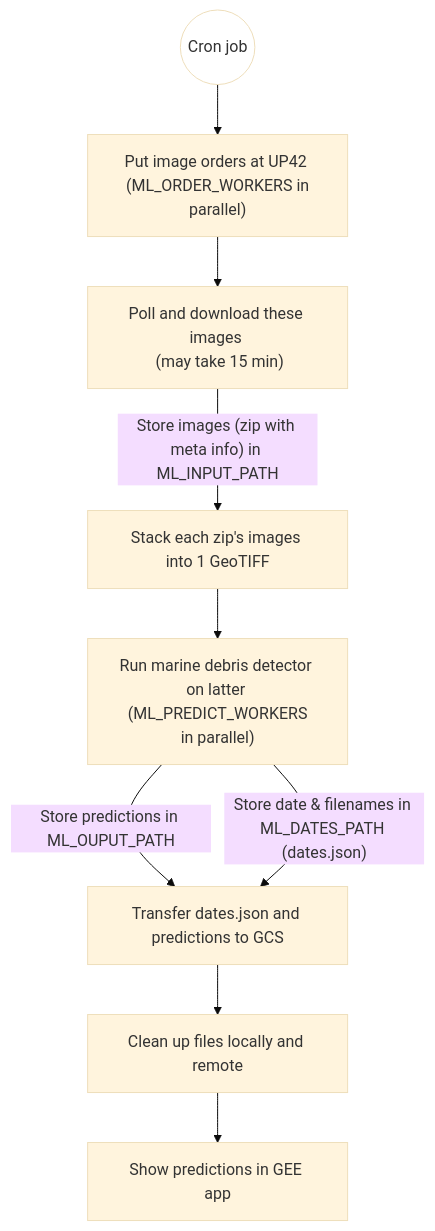
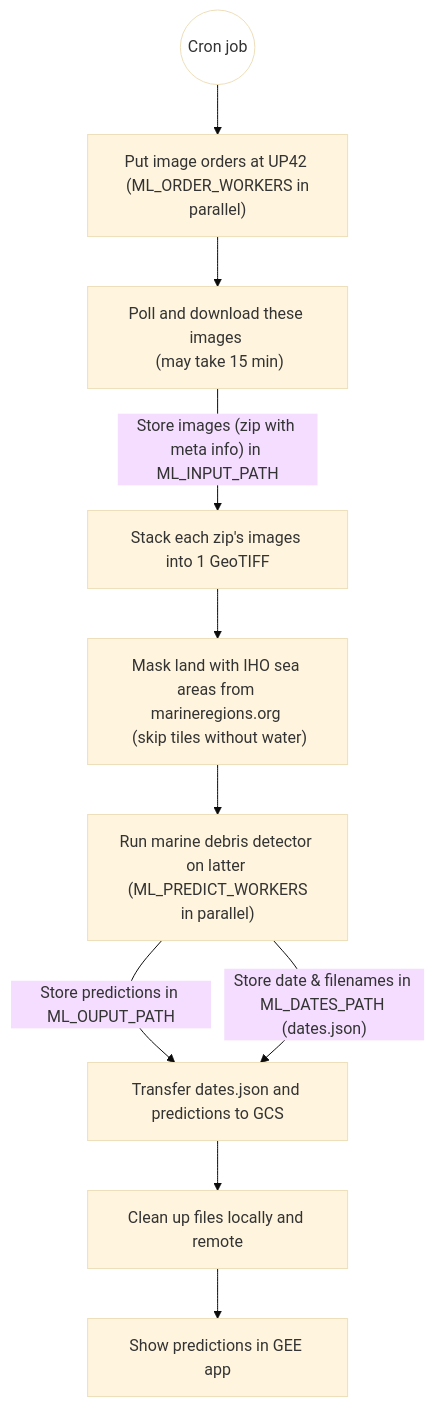
The diagram in docs/index.md (MI4People/Marine_Litter), drawn with Mermaid (base theme) before and after one commit. The commit also changed other lines of this file and 22 other files, not shown here.

````diff
--- a/docs/index.md
+++ b/docs/index.md
@@ -53,13 +54,14 @@
 ```mermaid
 flowchart TD
     n1(("Cron job")):::trigger --> n2
     n2["Put image orders at UP42 <br/> (ML_ORDER_WORKERS in parallel)"] --> n3
     n3["Poll and download these images <br/> (may take 15 min)"] -- Store images (zip with meta info) in ML_INPUT_PATH --> n4
-    n4["Stack each zip's images into 1 GeoTIFF"] --> n5
+    n4["Stack each zip's images into 1 GeoTIFF"] --> n4a
+    n4a["Mask land with IHO sea areas from marineregions.org <br/> (skip tiles without water)"] --> n5
     n5["Run marine debris detector on latter <br/> (ML_PREDICT_WORKERS in parallel)"] -- Store predictions in ML_OUPUT_PATH --> n6
     n5 -- Store date & filenames in ML_DATES_PATH (dates.json) --> n6
     n6["Transfer dates.json and predictions to GCS"] --> n7
     n7["Clean up files locally and remote"] --> n8
     n8["Show predictions in GEE app"]
     classDef trigger fill:#ffffff;
 ```
````
